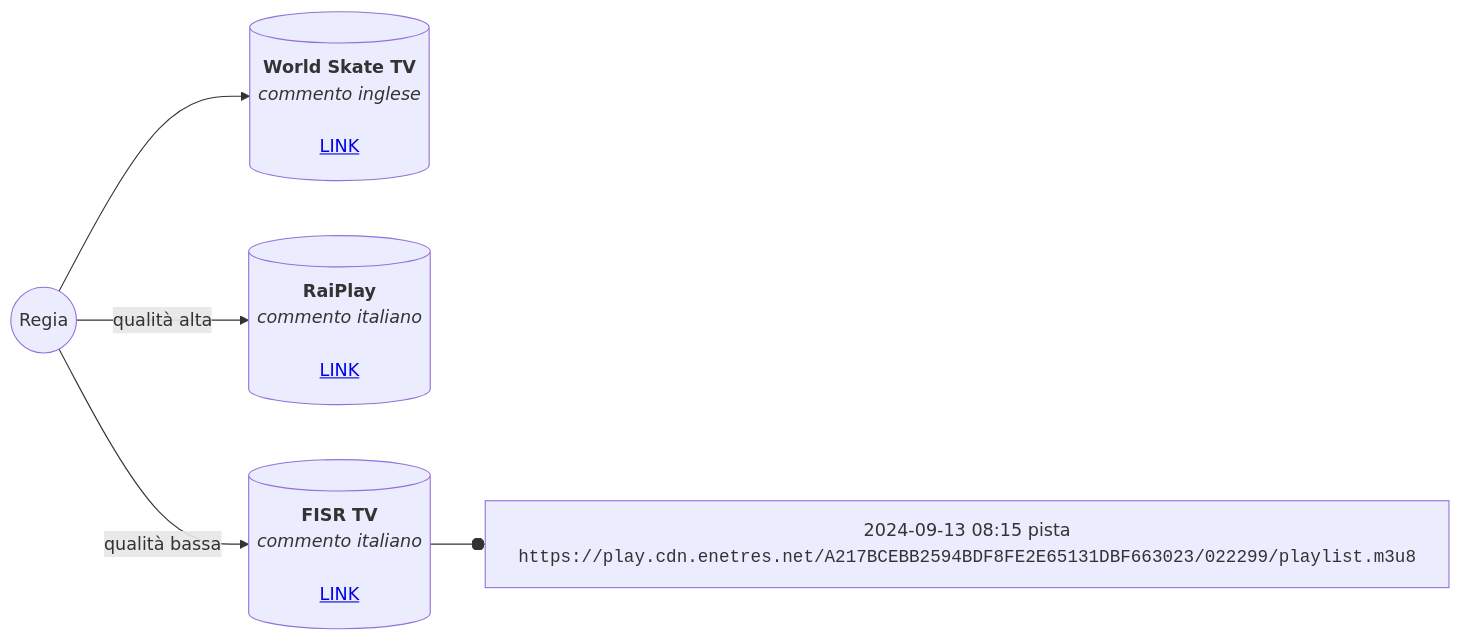
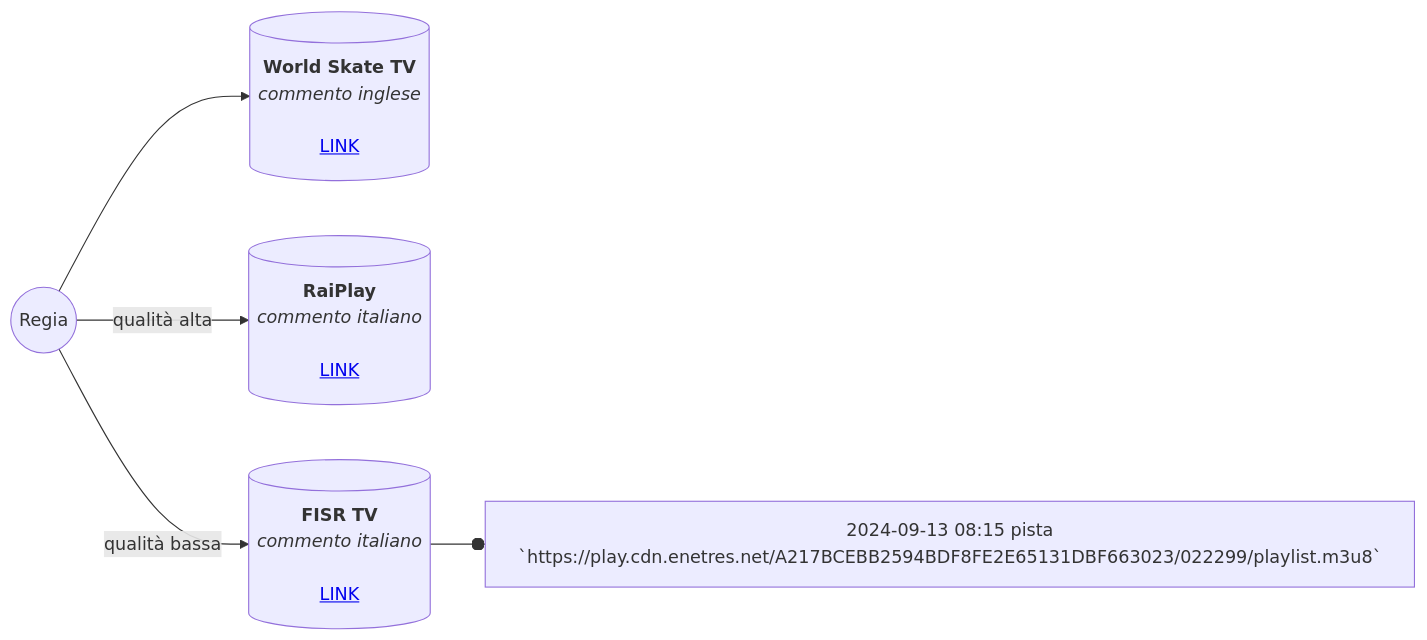
Before and after one commit to aiBR3/WSG2024-video: the diagram in README.md, drawn with Mermaid.

````diff
--- a/README.md
+++ b/README.md
@@ -3,7 +3,7 @@
 ```mermaid
 flowchart LR
     Regia((Regia)) --> WSG[("<strong>World Skate TV</strong><br><i>commento inglese</i><br><br><a href="https://worldskate.tv/world-skate-games/wsg-2024/wsg-inline-speed-2024" target="_blank">LINK</a>")]
     Regia -- qualità alta --> Rai[("<strong>RaiPlay</strong><br><i>commento italiano</i><br><br><a href="https://www.raiplay.it/guidatv?channel=rai-sport" target="_blank">LINK</a>")]
     Regia -- qualità bassa --> FISR[("<strong>FISR TV</strong><br><i>commento italiano</i><br><br><a href="https://fisrtv.it/" target="_blank">LINK</a>")]
-    FISR --o sorgente1["2024-09-13 08:15 pista<br><code>https://play.cdn.enetres.net/A217BCEBB2594BDF8FE2E65131DBF663023/022299/playlist.m3u8</code>"]
+    FISR --o sorgente1["2024-09-13 08:15 pista<br>`https://play.cdn.enetres.net/A217BCEBB2594BDF8FE2E65131DBF663023/022299/playlist.m3u8`"]
 ```
````
